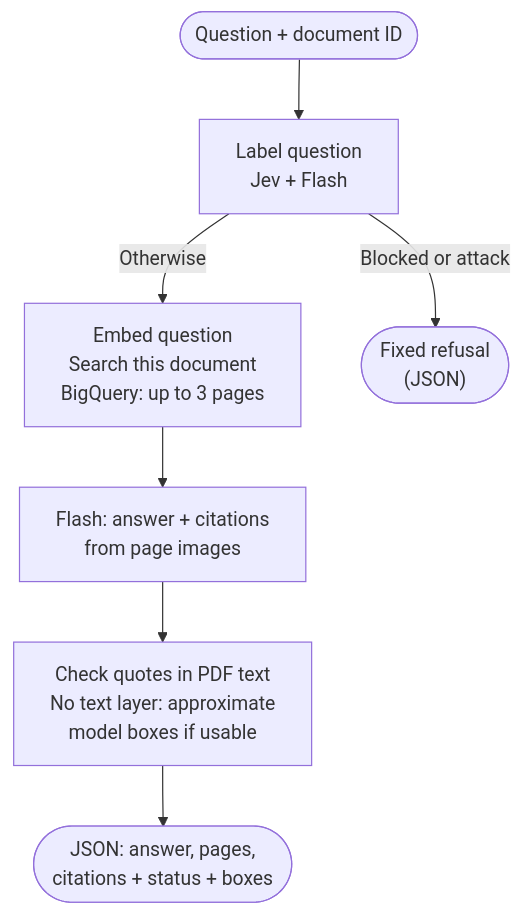
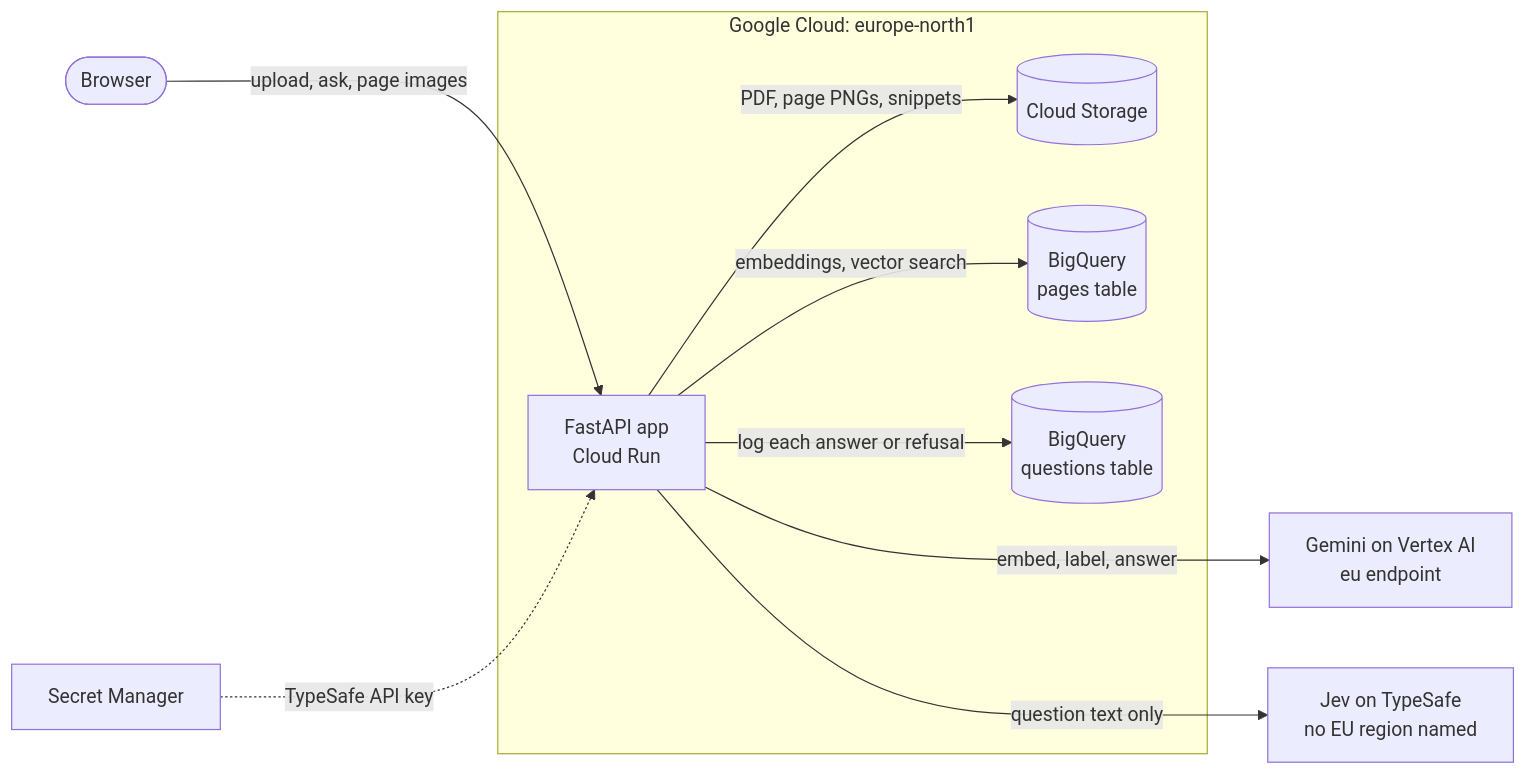
The diagram in README.md (ma-esf/seetonic), drawn with Mermaid before and after one commit. The commit also changed other lines of this file and 3 other files, not shown here.

Commit message:
docs: add system design diagram and README component overview

````diff
--- a/README.md
+++ b/README.md
@@ -50,12 +36,19 @@
 ```mermaid
-flowchart TB
-    accTitle: Answering a question about an uploaded PDF
-    accDescr: Jev and Flash label the question. A Gemini safety block or an attack label from either model produces a fixed JSON refusal. Otherwise, Seetonic embeds the question and retrieves up to three pages from the specified document in BigQuery. Flash answers using their images. Quotes are checked against the PDF text; for pages without searchable text, usable model-estimated boxes are marked approximate. The JSON response includes the answer, retrieved pages and citations with statuses and boxes.
+flowchart LR
+    accTitle: Seetonic components
+    accDescr: The browser calls the FastAPI app on Cloud Run to upload PDFs, ask questions and load page images. The app, Cloud Storage and both BigQuery tables are in europe-north1. The app calls Gemini on Vertex AI through the eu endpoint and sends only the question text to Jev on TypeSafe, which names no EU region. Cloud Run reads the TypeSafe API key from Secret Manager.
 
-    question(["Question + document ID"]) --> route["Label question<br/>Jev + Flash"]
-    route -->|"Otherwise"| retrieve["Embed question<br/>Search this document<br/>BigQuery: up to 3 pages"]
-    route -->|"Blocked or attack"| fixed(["Fixed refusal<br/>(JSON)"])
-    retrieve --> generate["Flash: answer + citations<br/>from page images"]
-    generate --> verify["Check quotes in PDF text<br/>No text layer: approximate<br/>model boxes if usable"]
-    verify --> response(["JSON: answer, pages,<br/>citations + status + boxes"])
+    browser(["Browser"]) -->|"upload, ask, page images"| app
+    subgraph region["Google Cloud: europe-north1"]
+        app["FastAPI app<br/>Cloud Run"]
+        gcs[("Cloud Storage")]
+        pages[("BigQuery<br/>pages table")]
+        questions[("BigQuery<br/>questions table")]
+    end
+    secret["Secret Manager"] -.->|"TypeSafe API key"| app
+    app -->|"PDF, page PNGs, snippets"| gcs
+    app -->|"embeddings, vector search"| pages
+    app -->|"log each answer or refusal"| questions
+    app --->|"embed, label, answer"| gemini["Gemini on Vertex AI<br/>eu endpoint"]
+    app --->|"question text only"| jev["Jev on TypeSafe<br/>no EU region named"]
 ```
````
